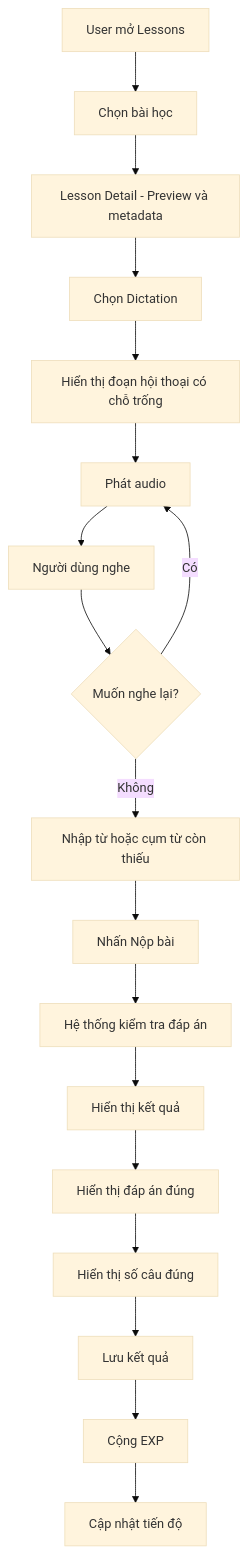
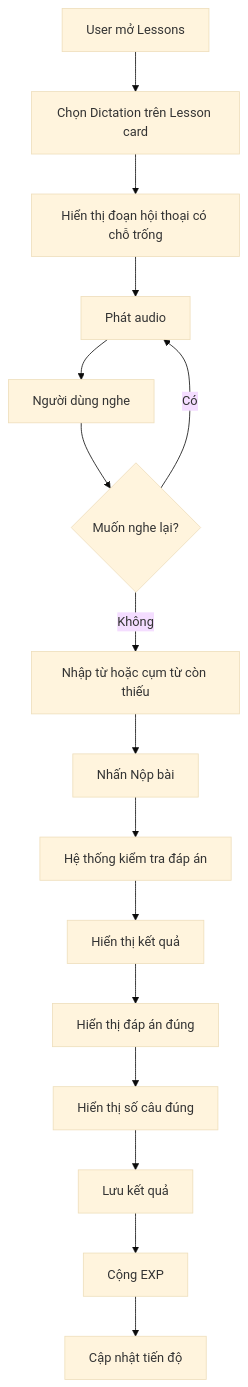
Before and after one commit to mrthinh307/kaiwa-up: the sixth of 14 diagrams in docs/03-user-flow.md, drawn with Mermaid (base theme). The commit also changed other lines of this file, not shown here.

Commit message:
fix(docs): clarify lesson navigation and practice method actions in user flow

````diff
--- a/docs/03-user-flow.md
+++ b/docs/03-user-flow.md
@@ -236,28 +235,26 @@
 ```mermaid
 flowchart TD
-    A[User mở Lessons] --> B[Chọn bài học]
-    B --> B1[Lesson Detail - Preview và metadata]
-    B1 --> B2[Chọn Dictation]
+    A[User mở Lessons] --> B2[Chọn Dictation trên Lesson card]
 
     B2 --> C[Hiển thị đoạn hội thoại có chỗ trống]
 
     C --> D[Phát audio]
     D --> E[Người dùng nghe]
 
     E --> F{Muốn nghe lại?}
 
     F -- Có --> D
     F -- Không --> G[Nhập từ hoặc cụm từ còn thiếu]
 
     G --> H[Nhấn Nộp bài]
 
     H --> I[Hệ thống kiểm tra đáp án]
 
     I --> J[Hiển thị kết quả]
     J --> K[Hiển thị đáp án đúng]
     K --> L[Hiển thị số câu đúng]
 
     L --> M[Lưu kết quả]
     M --> N[Cộng EXP]
     N --> O[Cập nhật tiến độ]
 ```
````
